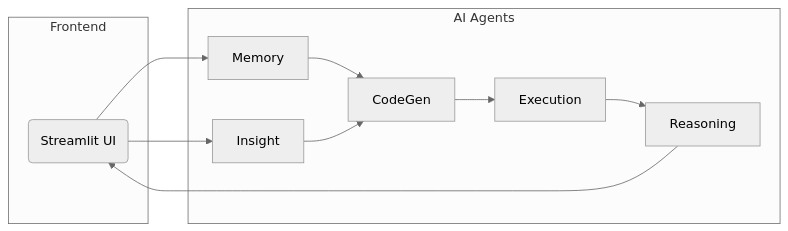
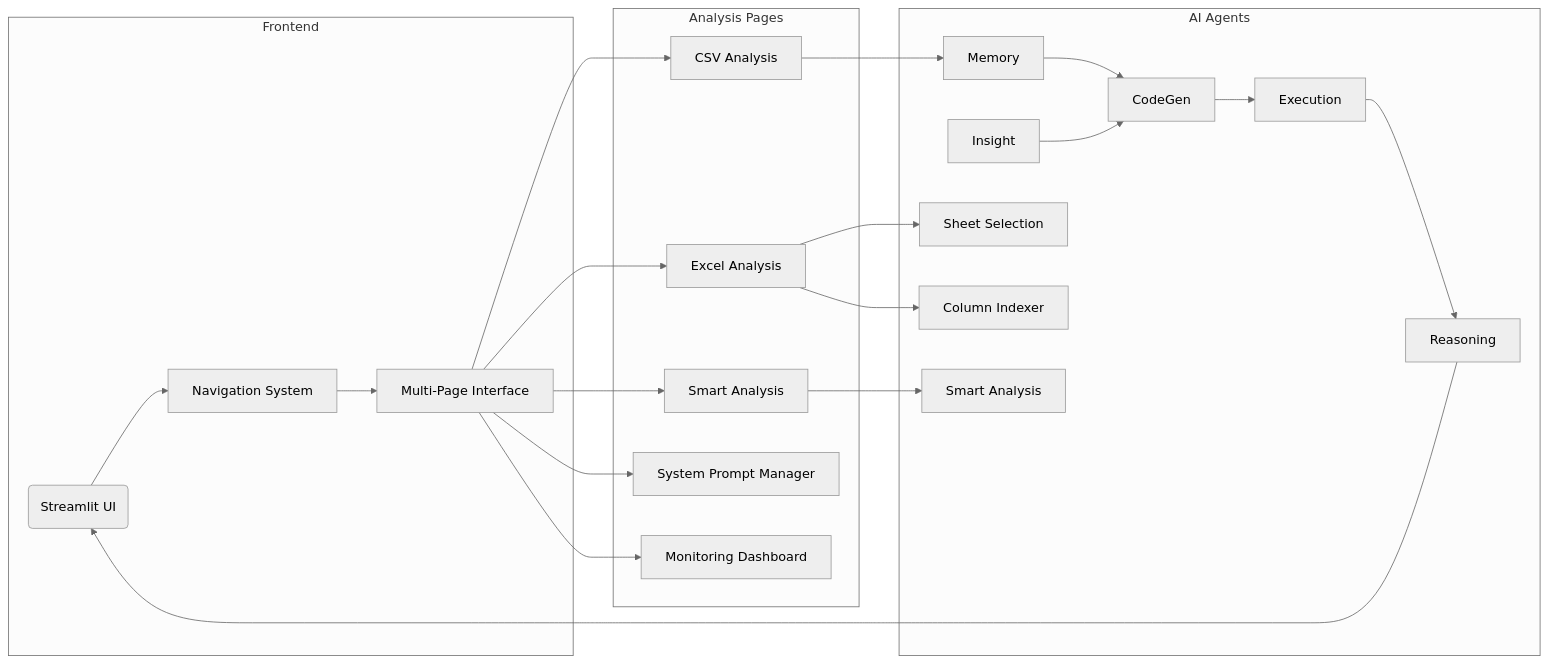
Before and after one commit to Sher110106/HR-Agent: the diagram in Technical.md, drawn with Mermaid (neutral theme). The commit also changed other lines of this file and 15361 other files, not shown here.

````diff
--- a/Technical.md
+++ b/Technical.md
@@ -55,22 +63,44 @@
 ```mermaid
 graph LR
     subgraph "Frontend"
         A(Streamlit UI)
+        B[Navigation System]
+        C[Multi-Page Interface]
+    end
+
+    subgraph "Analysis Pages"
+        D[CSV Analysis]
+        E[Excel Analysis]
+        F[Smart Analysis]
+        G[System Prompt Manager]
+        H[Monitoring Dashboard]
     end
 
     subgraph "AI Agents"
-        B[Memory]
-        C[Insight]
-        D[CodeGen]
-        E[Execution]
-        F[Reasoning]
+        I[Memory]
+        J[Insight]
+        K[CodeGen]
+        L[Execution]
+        M[Reasoning]
+        N[Sheet Selection]
+        O[Column Indexer]
+        P[Smart Analysis]
     end
 
     A --> B
-    A --> C
-    B --> D
+    B --> C
     C --> D
-    D --> E
-    E --> F
-    F --> A
+    C --> E
+    C --> F
+    C --> G
+    C --> H
+    D --> I
+    E --> N
+    E --> O
+    F --> P
+    I --> K
+    J --> K
+    K --> L
+    L --> M
+    M --> A
 ```
````
